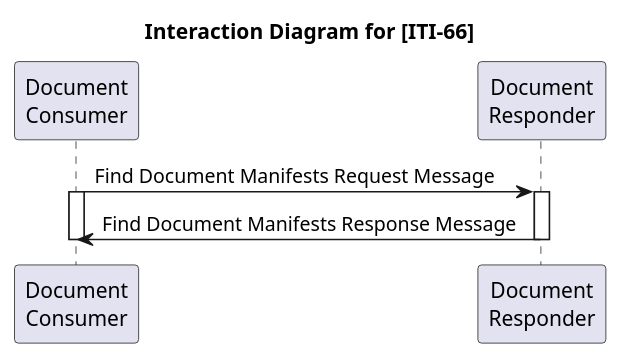
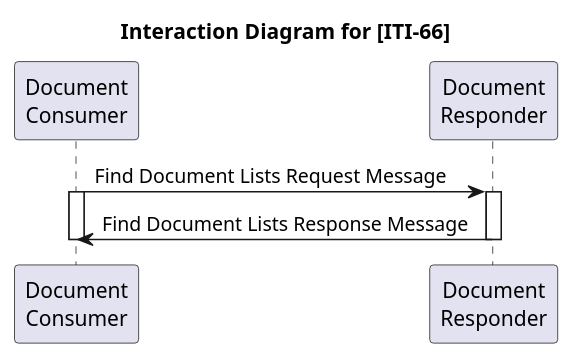
Before and after one commit to ehealthsuisse/ch-epr-fhir: the diagram in input/images-source/MHD_ActorDiagram_ITI-66.plantuml, drawn with PlantUML. The commit also changed 32 other files, not shown here.

```diff
--- a/input/images-source/MHD_ActorDiagram_ITI-66.plantuml
+++ b/input/images-source/MHD_ActorDiagram_ITI-66.plantuml
@@ -1,16 +1,16 @@
 @startuml
 
 title Interaction Diagram for [ITI-66]
 
 participant consumer as "Document\nConsumer"
 participant responder as "Document\nResponder"
 
-consumer -> responder: Find Document Manifests Request Message
+consumer -> responder: Find Document Lists Request Message
 activate consumer
 activate responder
 
-responder -> consumer: Find Document Manifests Response Message
+responder -> consumer: Find Document Lists Response Message
 deactivate responder
 deactivate consumer
 
 @enduml 
```
